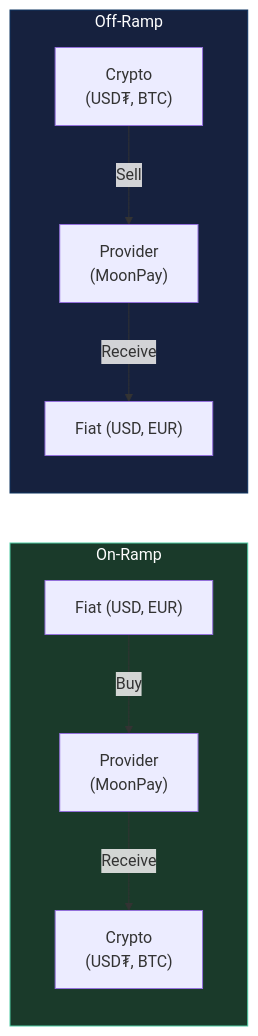
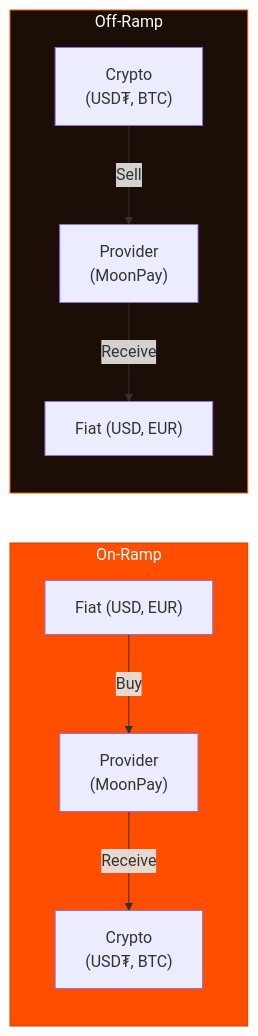
The diagram in sdk/fiat-modules/README.md (gatteo/wdk-docs), drawn with Mermaid before and after one commit. The commit also changed 21 other files, not shown here.

Commit message:
docs: update all mermaid diagrams to WDK branding colors (#FF4E00 orange, #080201 dark)

````diff
--- a/sdk/fiat-modules/README.md
+++ b/sdk/fiat-modules/README.md
@@ -23,13 +23,13 @@
 ```mermaid
 flowchart LR
     subgraph OnRamp["On-Ramp"]
         F1["Fiat (USD, EUR)"] -->|"Buy"| P1["Provider\n(MoonPay)"] -->|"Receive"| C1["Crypto\n(USD₮, BTC)"]
     end
 
     subgraph OffRamp["Off-Ramp"]
         C2["Crypto\n(USD₮, BTC)"] -->|"Sell"| P2["Provider\n(MoonPay)"] -->|"Receive"| F2["Fiat (USD, EUR)"]
     end
 
-    style OnRamp fill:#1a3a2a,stroke:#4ecca3,color:#fff
-    style OffRamp fill:#16213e,stroke:#0f3460,color:#fff
+    style OnRamp fill:#FF4E00,stroke:#cc3e00,color:#fff
+    style OffRamp fill:#1a0e06,stroke:#FF4E00,color:#fff
 ```
````
